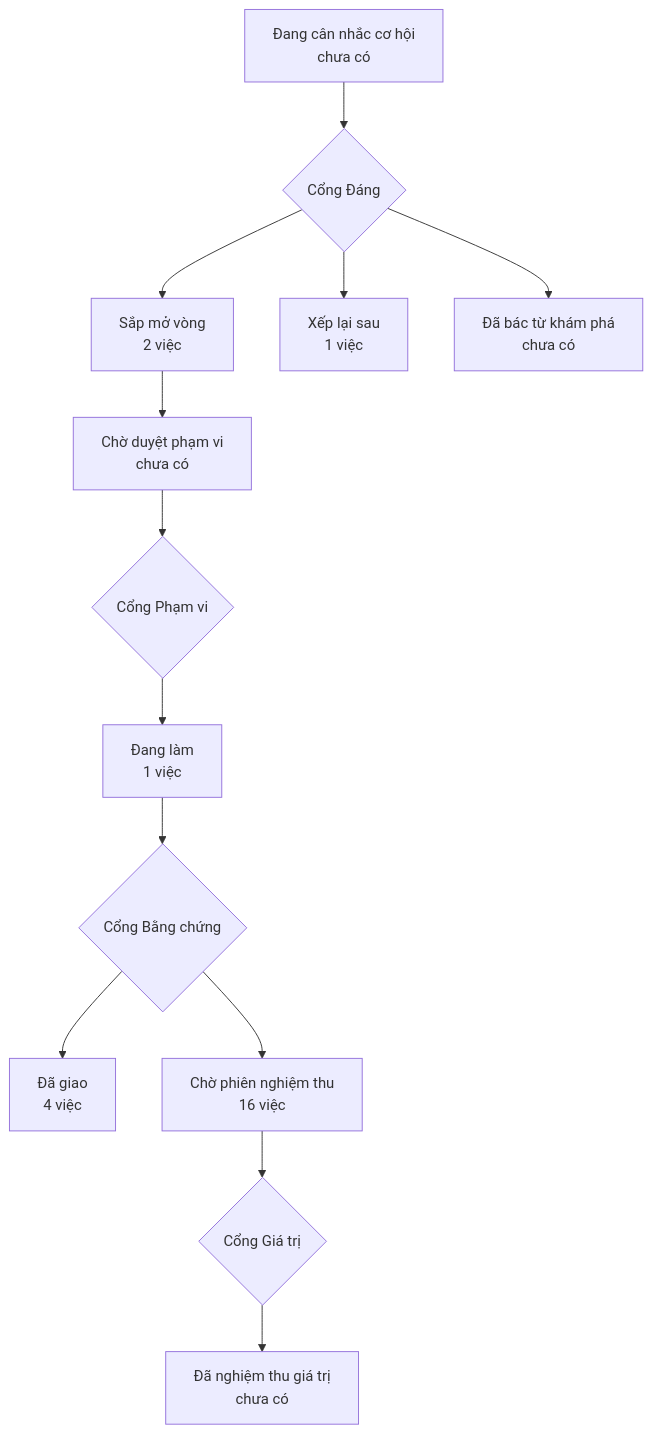
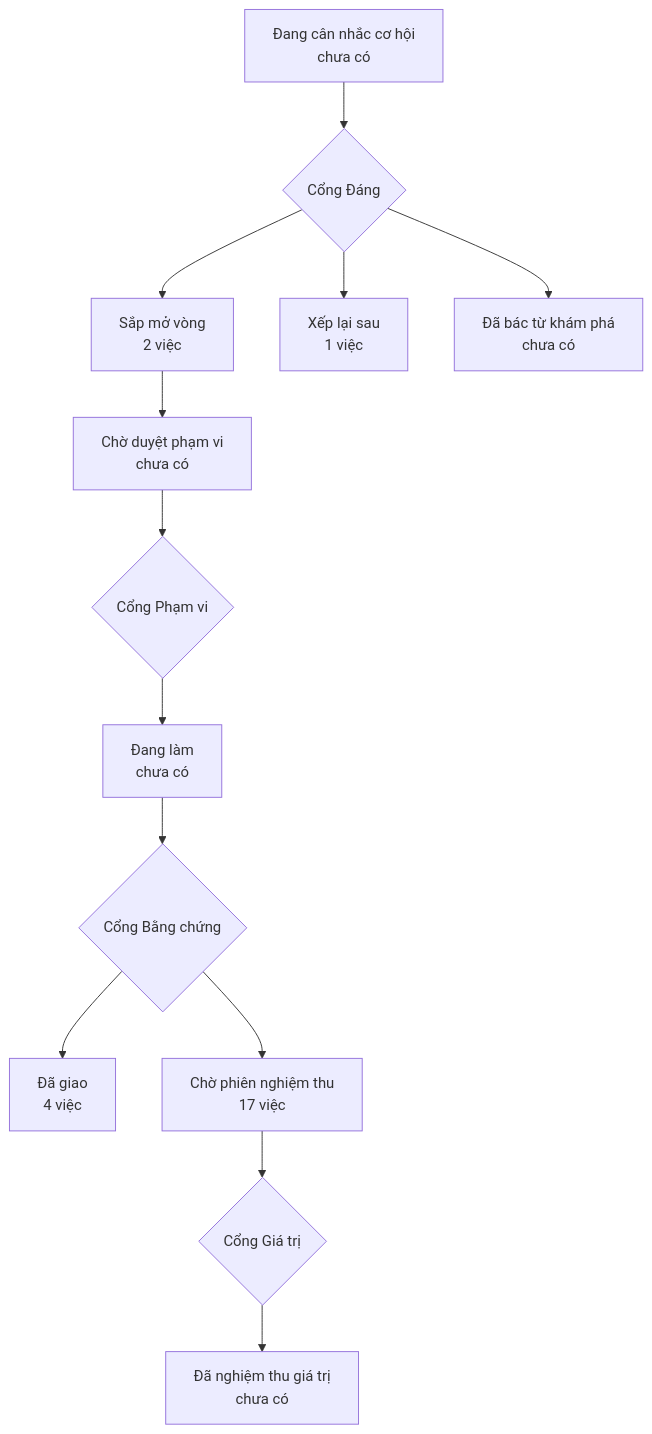
One commit to phanlemanh/onehub-quy-hang changed the diagram in PRODUCT-MAP.md. Above: the diagram before and after it, drawn with Mermaid. The commit also changed other lines of this file and 4 other files, not shown here.

````diff
--- a/PRODUCT-MAP.md
+++ b/PRODUCT-MAP.md
@@ -7,12 +7,12 @@
 ```mermaid
 flowchart TD
   A["Đang cân nhắc cơ hội<br/>chưa có"] --> GD{"Cổng Đáng"}
   GD --> B["Sắp mở vòng<br/>2 việc"]
   GD --> XL["Xếp lại sau<br/>1 việc"]
   GD --> DB["Đã bác từ khám phá<br/>chưa có"]
   B --> CD["Chờ duyệt phạm vi<br/>chưa có"] --> GP{"Cổng Phạm vi"}
-  GP --> DL["Đang làm<br/>1 việc"] --> GB{"Cổng Bằng chứng"}
+  GP --> DL["Đang làm<br/>chưa có"] --> GB{"Cổng Bằng chứng"}
   GB --> DG["Đã giao<br/>4 việc"]
-  GB --> CN["Chờ phiên nghiệm thu<br/>16 việc"] --> GG{"Cổng Giá trị"}
+  GB --> CN["Chờ phiên nghiệm thu<br/>17 việc"] --> GG{"Cổng Giá trị"}
   GG --> NT["Đã nghiệm thu giá trị<br/>chưa có"]
 ```
````
